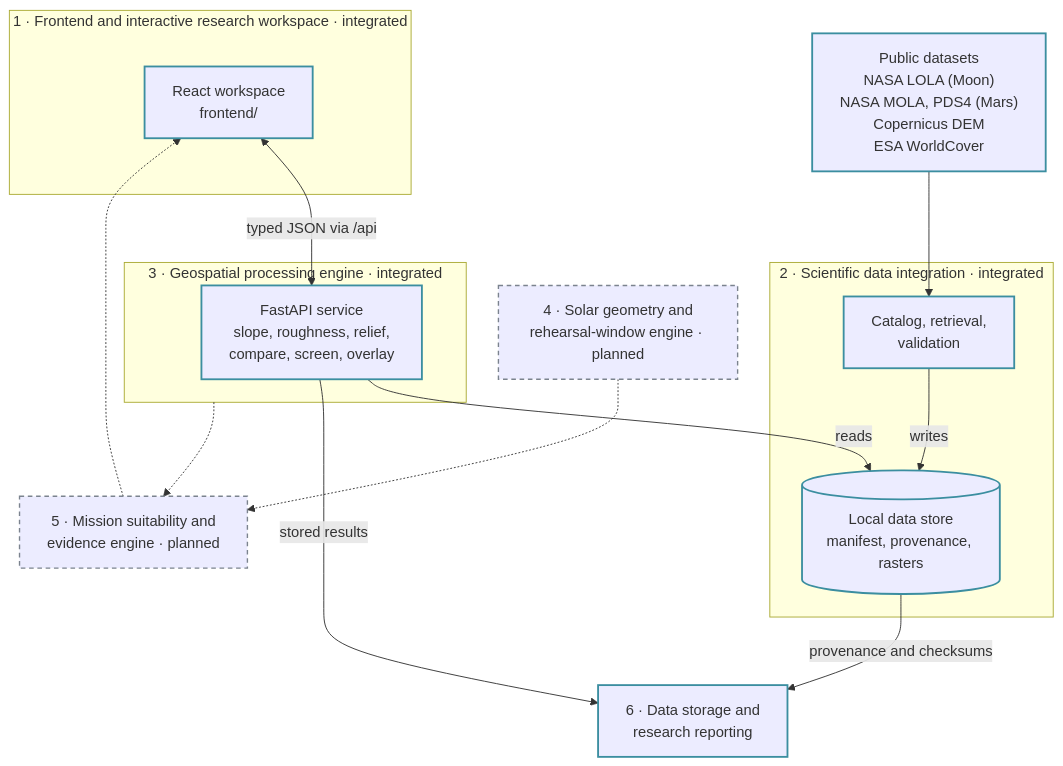
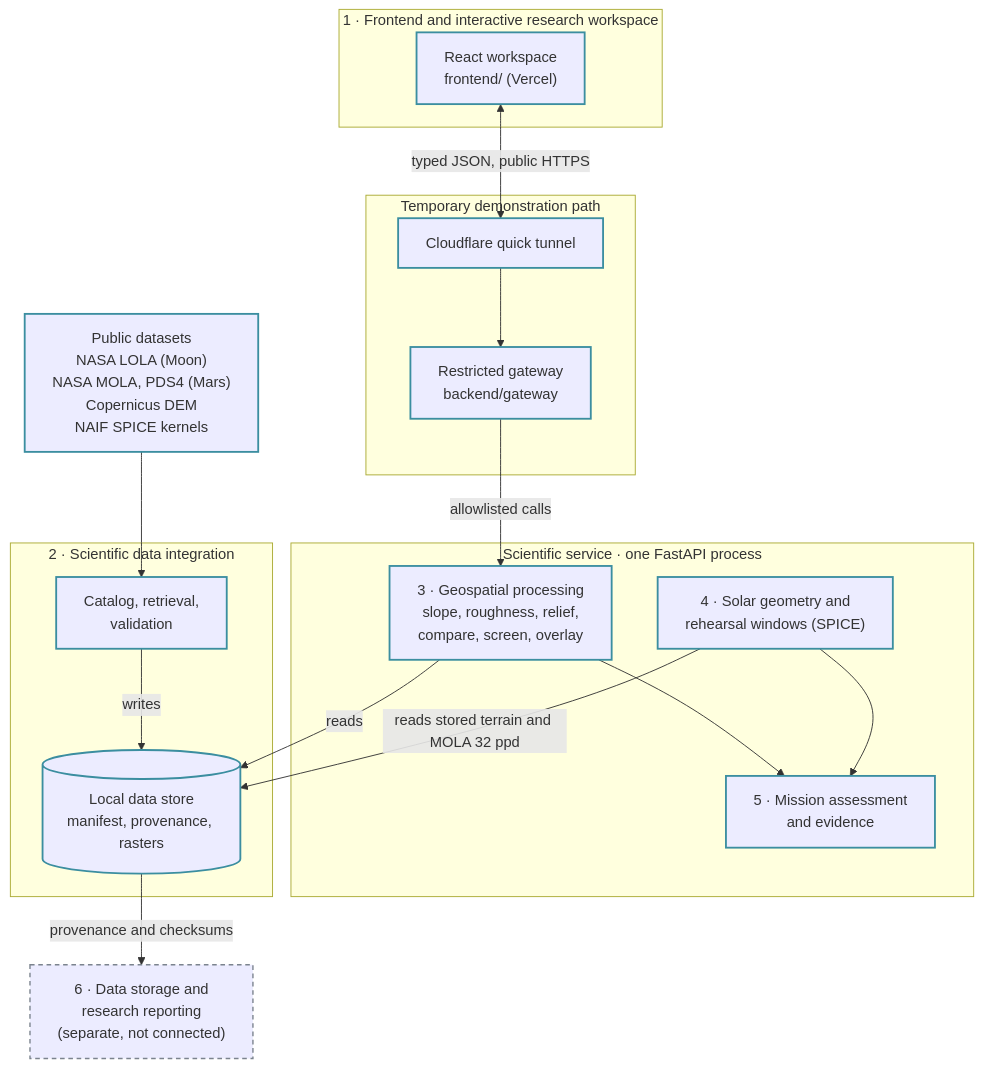
Before and after one commit to sinagdevv/Supernobai-NASA: the diagram in README.md, drawn with Mermaid. The commit also changed other lines of this file and 34 other files, not shown here.

First line of the commit message:
feat(frontend): connect Layers 4 and 5 to the research workspace

````diff
--- a/README.md
+++ b/README.md
@@ -77,32 +78,35 @@
 ```mermaid
 flowchart TB
-    subgraph L1["1 · Frontend and interactive research workspace · integrated"]
-        UI["React workspace<br/>frontend/"]
+    subgraph L1["1 · Frontend and interactive research workspace"]
+        UI["React workspace<br/>frontend/ (Vercel)"]
     end
-    subgraph L3["3 · Geospatial processing engine · integrated"]
-        API["FastAPI service<br/>slope, roughness, relief,<br/>compare, screen, overlay"]
+    subgraph DEMO["Temporary demonstration path"]
+        TUN["Cloudflare quick tunnel"]
+        GW["Restricted gateway<br/>backend/gateway"]
     end
-    subgraph L2["2 · Scientific data integration · integrated"]
+    subgraph SVC["Scientific service · one FastAPI process"]
+        API3["3 · Geospatial processing<br/>slope, roughness, relief,<br/>compare, screen, overlay"]
+        API4["4 · Solar geometry and<br/>rehearsal windows (SPICE)"]
+        API5["5 · Mission assessment<br/>and evidence"]
+    end
+    subgraph L2["2 · Scientific data integration"]
         STORE[("Local data store<br/>manifest, provenance, rasters")]
         FETCH["Catalog, retrieval,<br/>validation"]
     end
-    SRC["Public datasets<br/>NASA LOLA (Moon)<br/>NASA MOLA, PDS4 (Mars)<br/>Copernicus DEM<br/>ESA WorldCover"]
-    L4["4 · Solar geometry and<br/>rehearsal-window engine · planned"]
-    L5["5 · Mission suitability and<br/>evidence engine · planned"]
-    L6["6 · Data storage and<br/>research reporting"]
+    SRC["Public datasets<br/>NASA LOLA (Moon)<br/>NASA MOLA, PDS4 (Mars)<br/>Copernicus DEM<br/>NAIF SPICE kernels"]
+    L6["6 · Data storage and<br/>research reporting<br/>(separate, not connected)"]
 
-    UI <-->|"typed JSON via /api"| API
-    API -->|reads| STORE
+    UI <-->|"typed JSON, public HTTPS"| TUN --> GW -->|"allowlisted calls"| API3
+    API3 --> API5
+    API4 --> API5
+    API3 -->|reads| STORE
+    API4 -->|"reads stored terrain and MOLA 32 ppd"| STORE
     FETCH -->|writes| STORE
     SRC --> FETCH
     STORE -->|provenance and checksums| L6
-    API -->|stored results| L6
-    L4 -.-> L5
-    L3 -.-> L5
-    L5 -.-> UI
 
     classDef done stroke:#3b8ea0,stroke-width:2px
-    classDef planned stroke:#7b838e,stroke-width:1.5px,stroke-dasharray:5 4
-    class UI,API,STORE,FETCH,SRC,L6 done
-    class L4,L5 planned
+    classDef sep stroke:#7b838e,stroke-width:1.5px,stroke-dasharray:5 4
+    class UI,API3,API4,API5,STORE,FETCH,SRC,TUN,GW done
+    class L6 sep
 ```
````
